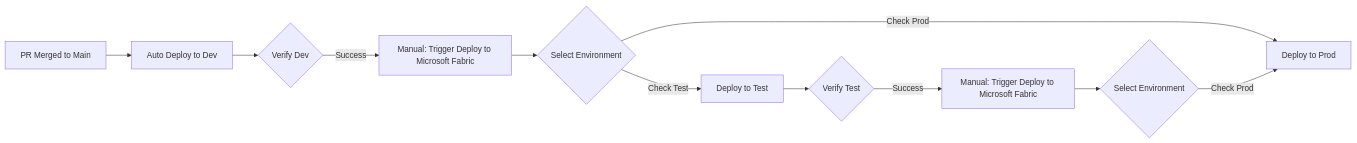
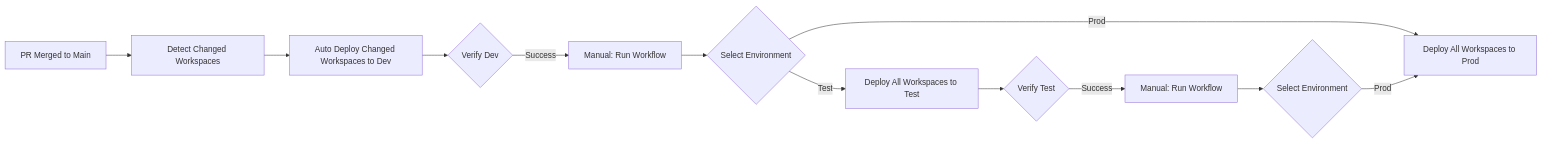
One commit to dc-floriangaerner/fabric-cicd changed the diagram in README.md. Above: the diagram before and after it, drawn with Mermaid. The commit also changed other lines of this file and 35 other files, not shown here.

````diff
--- a/README.md
+++ b/README.md
@@ -122,13 +171,14 @@
 ```mermaid
 graph LR
-    A[PR Merged to Main] --> B[Auto Deploy to Dev]
-    B --> C{Verify Dev}
-    C -->|Success| D[Manual: Trigger Deploy to Microsoft Fabric]
-    D --> E{Select Environment}
-    E -->|Check Test| F[Deploy to Test]
-    E -->|Check Prod| G[Deploy to Prod]
-    F --> H{Verify Test}
-    H -->|Success| I[Manual: Trigger Deploy to Microsoft Fabric]
-    I --> J{Select Environment}
-    J -->|Check Prod| G
+    A[PR Merged to Main] --> B[Detect Changed Workspaces]
+    B --> C[Auto Deploy Changed Workspaces to Dev]
+    C --> D{Verify Dev}
+    D -->|Success| E[Manual: Run Workflow]
+    E --> F{Select Environment}
+    F -->|Test| G[Deploy All Workspaces to Test]
+    F -->|Prod| H[Deploy All Workspaces to Prod]
+    G --> I{Verify Test}
+    I -->|Success| J[Manual: Run Workflow]
+    J --> K{Select Environment}
+    K -->|Prod| H
 ```
````
